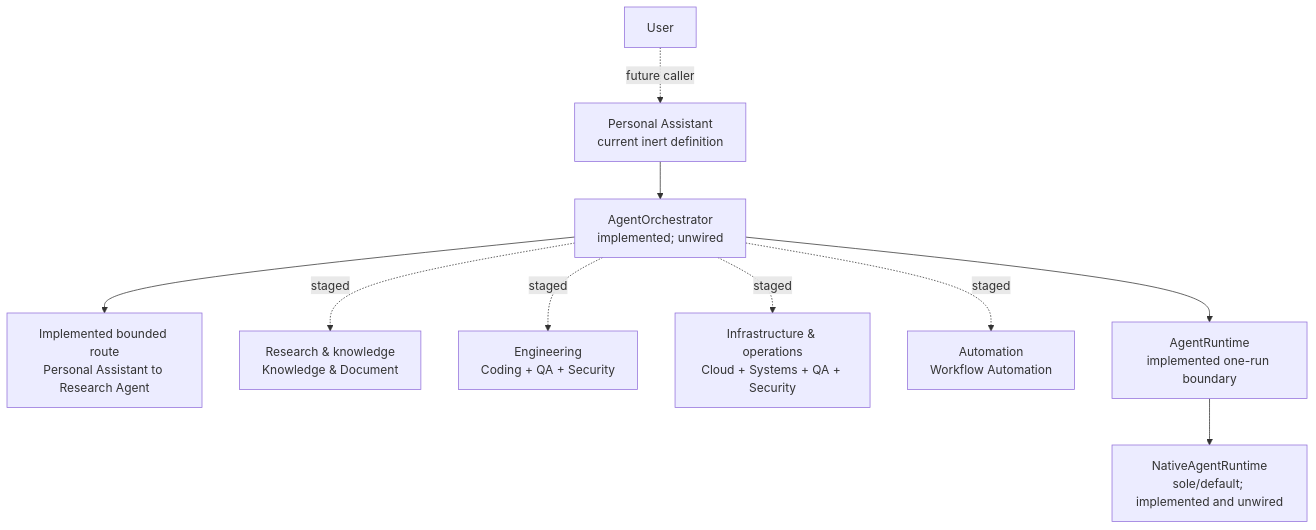
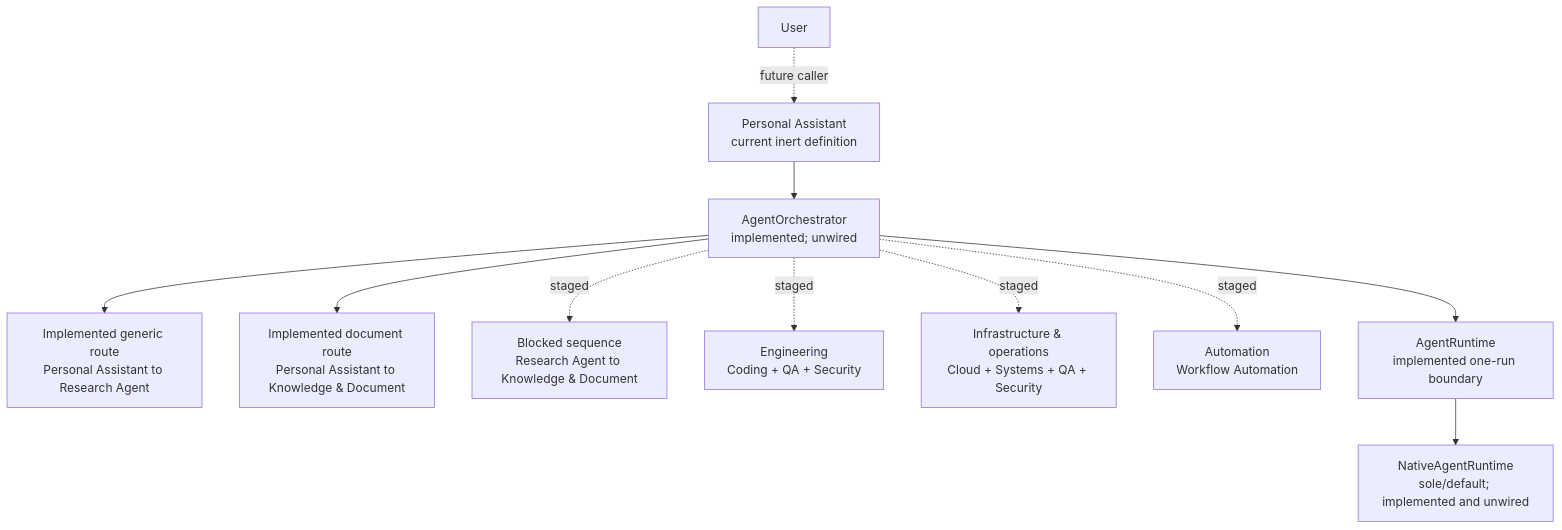
One commit to SillyRbbit/ai-agent-assistant changed the fourth of 5 diagrams in ARCHITECTURE.md. Above: the diagram before and after it, drawn with Mermaid. The commit also changed other lines of this file and 30 other files, not shown here.

Commit message:
feat(agent): add approved memory and document boundary

````diff
--- a/ARCHITECTURE.md
+++ b/ARCHITECTURE.md
@@ -199,12 +199,13 @@
 ```mermaid
 flowchart TD
     User["User"] -. "future caller" .-> Personal["Personal Assistant<br/>current inert definition"]
     Personal --> Orchestrator["AgentOrchestrator<br/>implemented; unwired"]
-    Orchestrator --> Initial["Implemented bounded route<br/>Personal Assistant to Research Agent"]
-    Orchestrator -. staged .-> Knowledge["Research & knowledge<br/>Knowledge & Document"]
+    Orchestrator --> Research["Implemented generic route<br/>Personal Assistant to Research Agent"]
+    Orchestrator --> Knowledge["Implemented document route<br/>Personal Assistant to Knowledge & Document"]
+    Orchestrator -. staged .-> ResearchKnowledge["Blocked sequence<br/>Research Agent to Knowledge & Document"]
     Orchestrator -. staged .-> Engineering["Engineering<br/>Coding + QA + Security"]
     Orchestrator -. staged .-> Operations["Infrastructure & operations<br/>Cloud + Systems + QA + Security"]
     Orchestrator -. staged .-> Automation["Automation<br/>Workflow Automation"]
     Orchestrator --> Runtime["AgentRuntime<br/>implemented one-run boundary"]
     Runtime --> Native["NativeAgentRuntime<br/>sole/default; implemented and unwired"]
 ```
````
